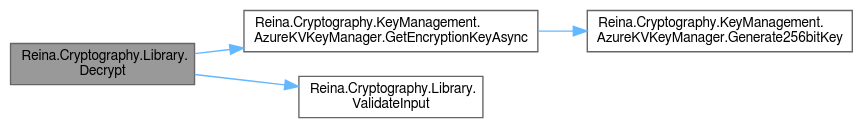
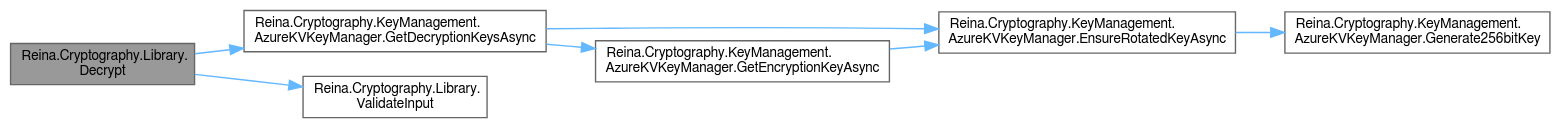
Before and after one commit to fkitsantas/Reina.Cryptography: the diagram in class_reina_1_1_cryptography_1_1_library_a98ecb713792622e2faac792d3f31015c_cgraph.dot, drawn with Graphviz. The commit also changed 76 other files, not shown here.

```diff
--- a/class_reina_1_1_cryptography_1_1_library_a98ecb713792622e2faac792d3f31015c_cgraph.dot
+++ b/class_reina_1_1_cryptography_1_1_library_a98ecb713792622e2faac792d3f31015c_cgraph.dot
@@ -1,15 +1,20 @@
 digraph "Reina.Cryptography.Library.Decrypt"
 {
  // LATEX_PDF_SIZE
   bgcolor="transparent";
   edge [fontname=FreeSans,fontsize=10,labelfontname=FreeSans,labelfontsize=10];
   node [fontname=FreeSans,fontsize=10,shape=box,height=0.2,width=0.4];
   rankdir="LR";
   Node1 [id="Node000001",label="Reina.Cryptography.Library.\lDecrypt",height=0.2,width=0.4,color="gray40", fillcolor="grey60", style="filled", fontcolor="black",tooltip="Decrypts a Base64-encoded string using three distinct keys for Twofish, Serpent, and AES encryption a..."];
   Node1 -> Node2 [id="edge1_Node000001_Node000002",color="steelblue1",style="solid",tooltip=" "];
-  Node2 [id="Node000002",label="Reina.Cryptography.KeyManagement.\lAzureKVKeyManager.GetEncryptionKeyAsync",height=0.2,width=0.4,color="grey40", fillcolor="white", style="filled",URL="$class_reina_1_1_cryptography_1_1_key_management_1_1_azure_k_v_key_manager.html#a48457dd60e2243549a799ebaa8008ed5",tooltip="Asynchronously retrieves an encryption key from Azure Key Vault or the local cache."];
+  Node2 [id="Node000002",label="Reina.Cryptography.KeyManagement.\lAzureKVKeyManager.GetDecryptionKeysAsync",height=0.2,width=0.4,color="grey40", fillcolor="white", style="filled",URL="$class_reina_1_1_cryptography_1_1_key_management_1_1_azure_k_v_key_manager.html#a75fbfb0eb22d28ccb97d25dda48a9abf",tooltip="Asynchronously retrieves an encryption key from Azure Key Vault or the local cache."];
   Node2 -> Node3 [id="edge2_Node000002_Node000003",color="steelblue1",style="solid",tooltip=" "];
-  Node3 [id="Node000003",label="Reina.Cryptography.KeyManagement.\lAzureKVKeyManager.Generate256bitKey",height=0.2,width=0.4,color="grey40", fillcolor="white", style="filled",URL="$class_reina_1_1_cryptography_1_1_key_management_1_1_azure_k_v_key_manager.html#aa6d24f34039e3f3a396f2d00c5beeaaa",tooltip="Generates a new 256-bit cryptographic key."];
-  Node1 -> Node4 [id="edge3_Node000001_Node000004",color="steelblue1",style="solid",tooltip=" "];
-  Node4 [id="Node000004",label="Reina.Cryptography.Library.\lValidateInput",height=0.2,width=0.4,color="grey40", fillcolor="white", style="filled",URL="$class_reina_1_1_cryptography_1_1_library.html#ac5f3c144003488e101820b42d493ad1f",tooltip="Validates the input string and key names, ensuring they are not null or empty and adhere to the expec..."];
+  Node3 [id="Node000003",label="Reina.Cryptography.KeyManagement.\lAzureKVKeyManager.EnsureRotatedKeyAsync",height=0.2,width=0.4,color="grey40", fillcolor="white", style="filled",URL="$class_reina_1_1_cryptography_1_1_key_management_1_1_azure_k_v_key_manager.html#abca540502dc71b012ede463584bf63f2",tooltip="Ensures that a cryptographic key is present and rotated if necessary based on the configured threshol..."];
+  Node3 -> Node4 [id="edge3_Node000003_Node000004",color="steelblue1",style="solid",tooltip=" "];
+  Node4 [id="Node000004",label="Reina.Cryptography.KeyManagement.\lAzureKVKeyManager.Generate256bitKey",height=0.2,width=0.4,color="grey40", fillcolor="white", style="filled",URL="$class_reina_1_1_cryptography_1_1_key_management_1_1_azure_k_v_key_manager.html#aa6d24f34039e3f3a396f2d00c5beeaaa",tooltip="Generates a new 256-bit cryptographic key."];
+  Node2 -> Node5 [id="edge4_Node000002_Node000005",color="steelblue1",style="solid",tooltip=" "];
+  Node5 [id="Node000005",label="Reina.Cryptography.KeyManagement.\lAzureKVKeyManager.GetEncryptionKeyAsync",height=0.2,width=0.4,color="grey40", fillcolor="white", style="filled",URL="$class_reina_1_1_cryptography_1_1_key_management_1_1_azure_k_v_key_manager.html#a8cc7bef1fdb0aba8eb4bab50d5cbb023",tooltip="Asynchronously retrieves an encryption key from Azure Key Vault or the local cache."];
+  Node5 -> Node3 [id="edge5_Node000005_Node000003",color="steelblue1",style="solid",tooltip=" "];
+  Node1 -> Node6 [id="edge6_Node000001_Node000006",color="steelblue1",style="solid",tooltip=" "];
+  Node6 [id="Node000006",label="Reina.Cryptography.Library.\lValidateInput",height=0.2,width=0.4,color="grey40", fillcolor="white", style="filled",URL="$class_reina_1_1_cryptography_1_1_library.html#ac5f3c144003488e101820b42d493ad1f",tooltip="Validates the input string and key names, ensuring they are not null or empty and adhere to the expec..."];
 }
```
